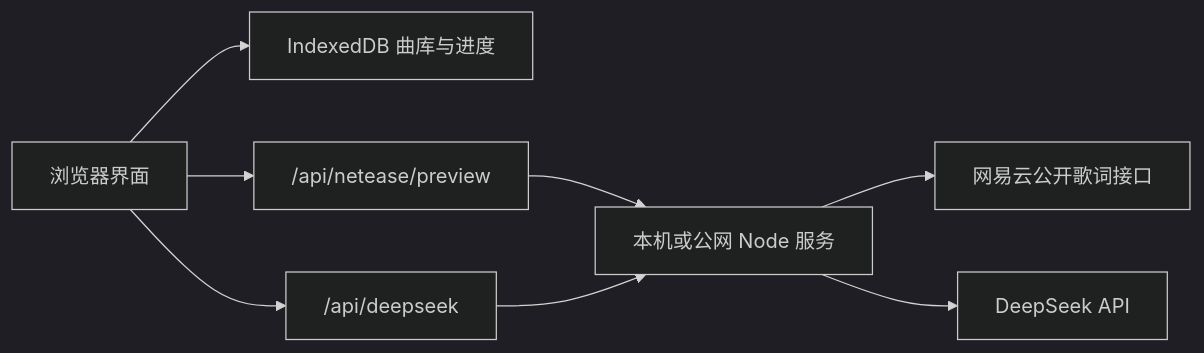
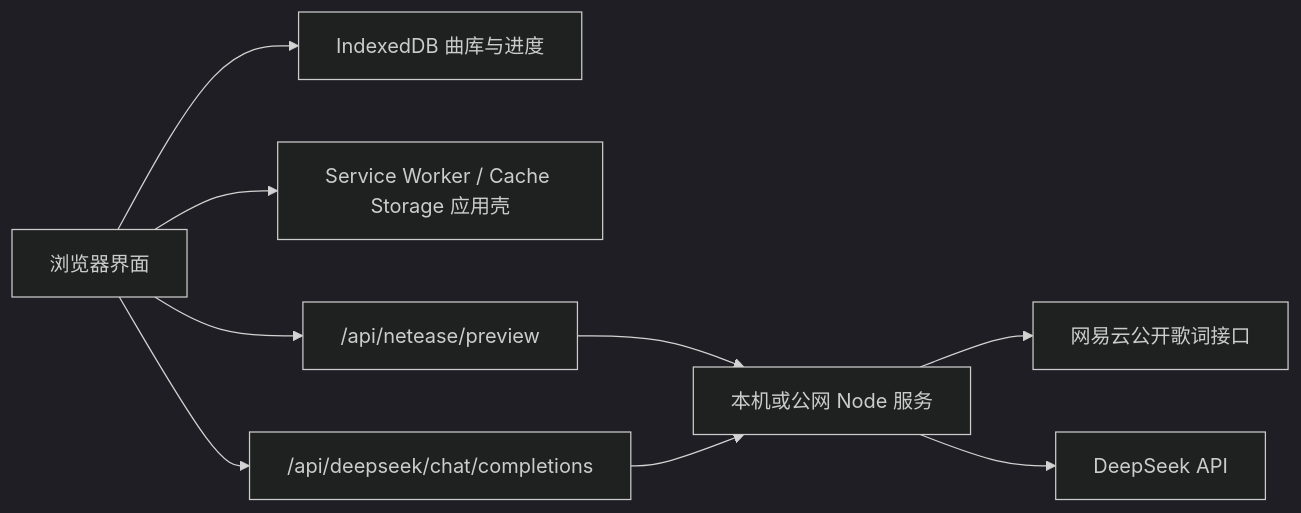
Before and after one commit to riiiveeer/ANISON: the diagram in README.md, drawn with Mermaid (dark theme). The commit also changed other lines of this file and 85 other files, not shown here.

````diff
--- a/README.md
+++ b/README.md
@@ -65,10 +85,11 @@
 ```mermaid
 flowchart LR
     A["浏览器界面"] --> B["IndexedDB 曲库与进度"]
+    A --> H["Service Worker / Cache Storage 应用壳"]
     A --> C["/api/netease/preview"]
     C --> D["本机或公网 Node 服务"]
     D --> E["网易云公开歌词接口"]
-    A --> F["/api/deepseek"]
+    A --> F["/api/deepseek/chat/completions"]
     F --> D
     D --> G["DeepSeek API"]
 ```
````
